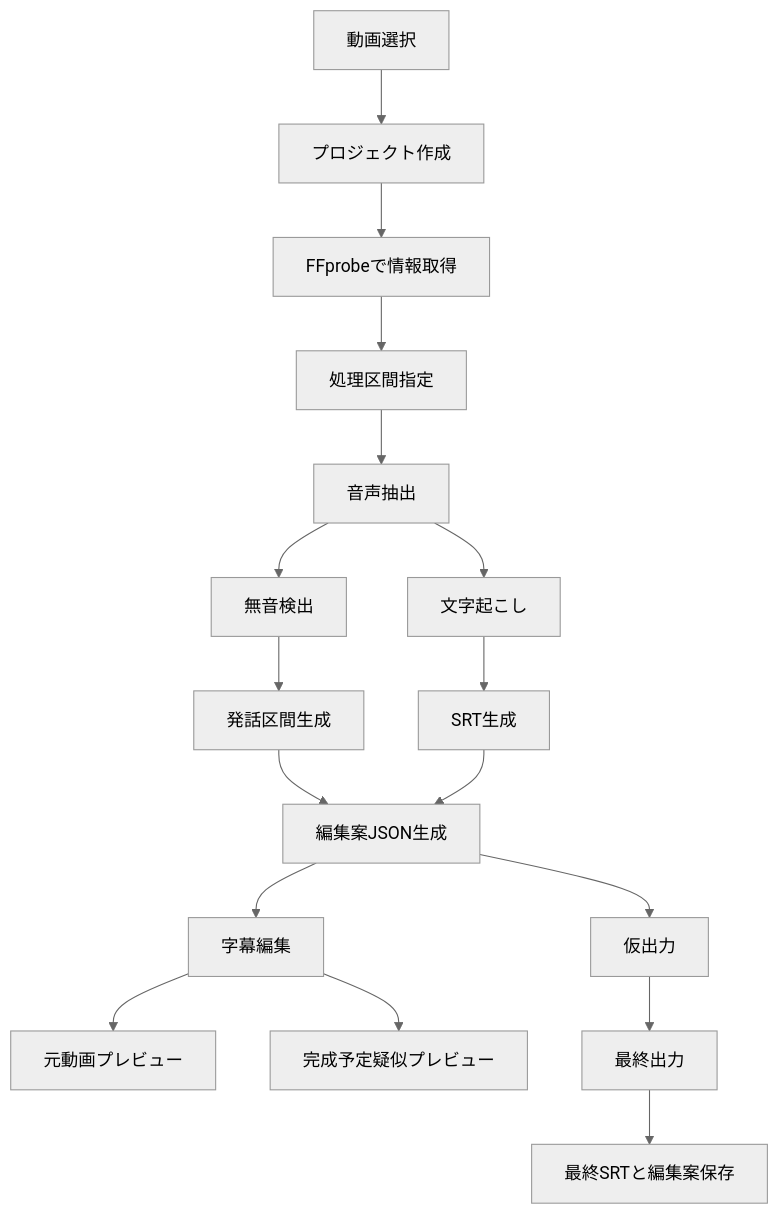
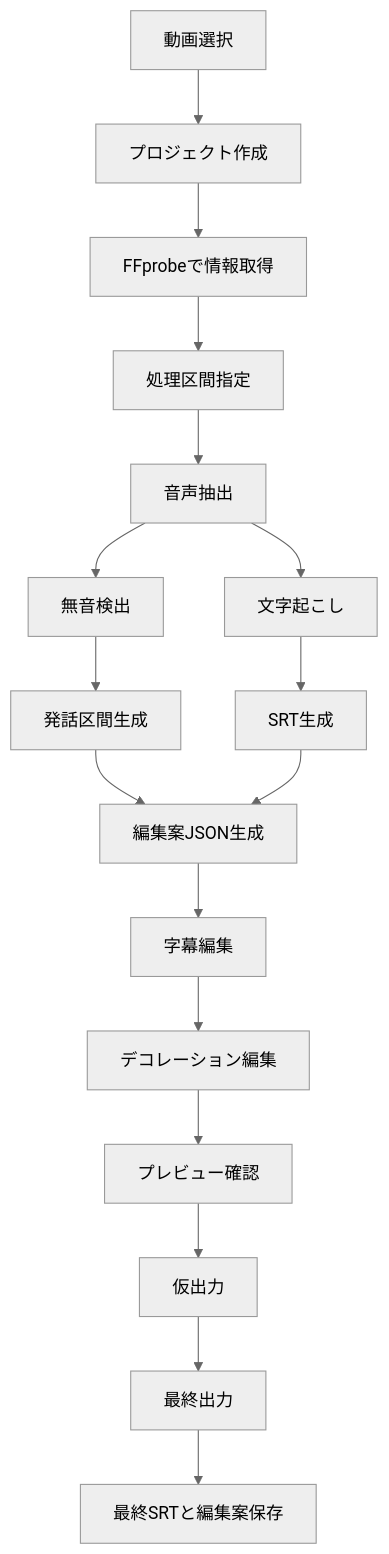
The diagram in docs/実装フローチャート.md (apusaras-droid/kirinuki-subtitle-tool), drawn with Mermaid (neutral theme) before and after one commit. The commit also changed other lines of this file and 23 other files, not shown here.

````diff
--- a/docs/実装フローチャート.md
+++ b/docs/実装フローチャート.md
@@ -3,19 +3,19 @@
 ```mermaid
 flowchart TD
   A[動画選択] --> B[プロジェクト作成]
   B --> C[FFprobeで情報取得]
   C --> D[処理区間指定]
   D --> E[音声抽出]
   E --> F[文字起こし]
   F --> G[SRT生成]
   E --> H[無音検出]
   H --> I[発話区間生成]
   I --> J[編集案JSON生成]
   G --> J
   J --> K[字幕編集]
-  K --> L[元動画プレビュー]
-  K --> M[完成予定疑似プレビュー]
-  J --> N[仮出力]
+  K --> L[デコレーション編集]
+  L --> M[プレビュー確認]
+  M --> N[仮出力]
   N --> O[最終出力]
   O --> P[最終SRTと編集案保存]
 ```
````
